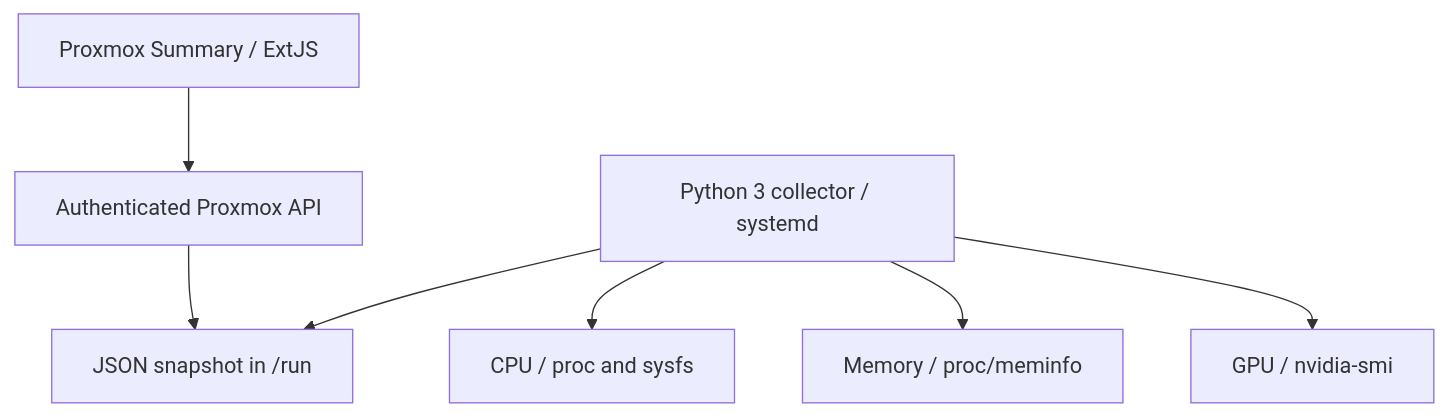
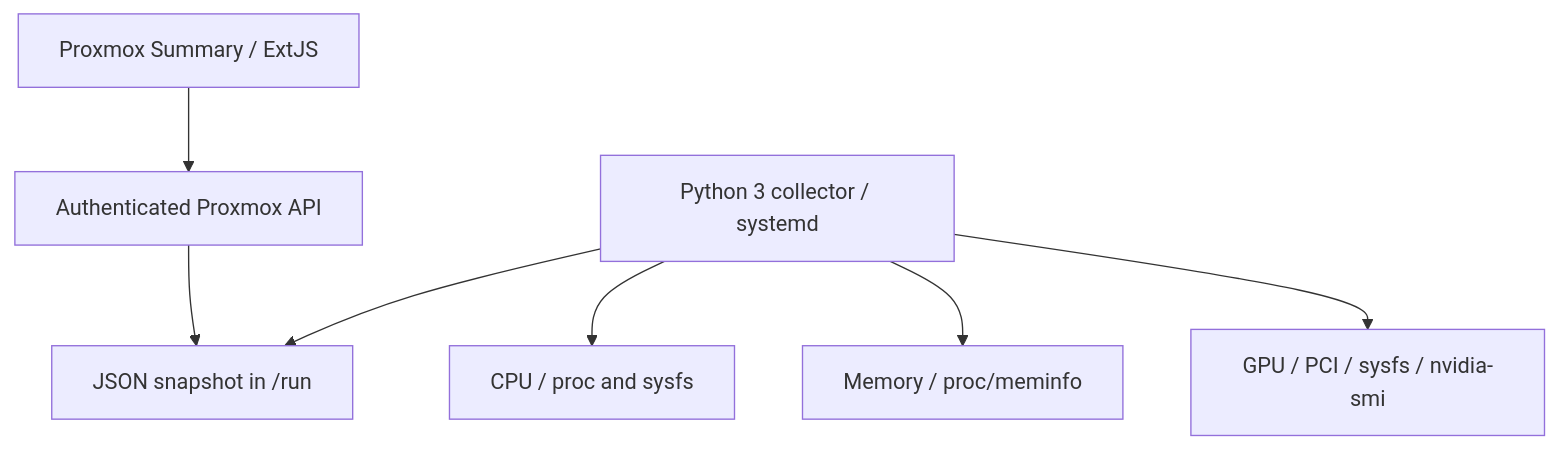
Before and after one commit to BlackMix/pve-cpu--gpu-memory-modern-monitor: the diagram in README.md, drawn with Mermaid. The commit also changed other lines of this file and 2 other files, not shown here.

````diff
--- a/README.md
+++ b/README.md
@@ -197,9 +210,9 @@
 ```mermaid
 flowchart TD
     UI[Proxmox Summary / ExtJS] --> API[Authenticated Proxmox API]
     API --> JSON[JSON snapshot in /run]
     COL[Python 3 collector / systemd] --> JSON
     COL --> CPU[CPU / proc and sysfs]
     COL --> RAM[Memory / proc/meminfo]
-    COL --> GPU[GPU / nvidia-smi]
+    COL --> GPU[GPU / PCI / sysfs / nvidia-smi]
 ```
````
